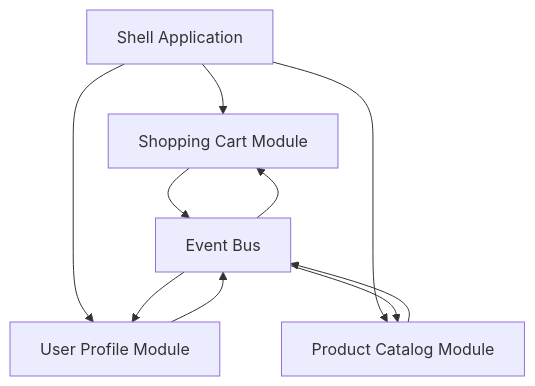
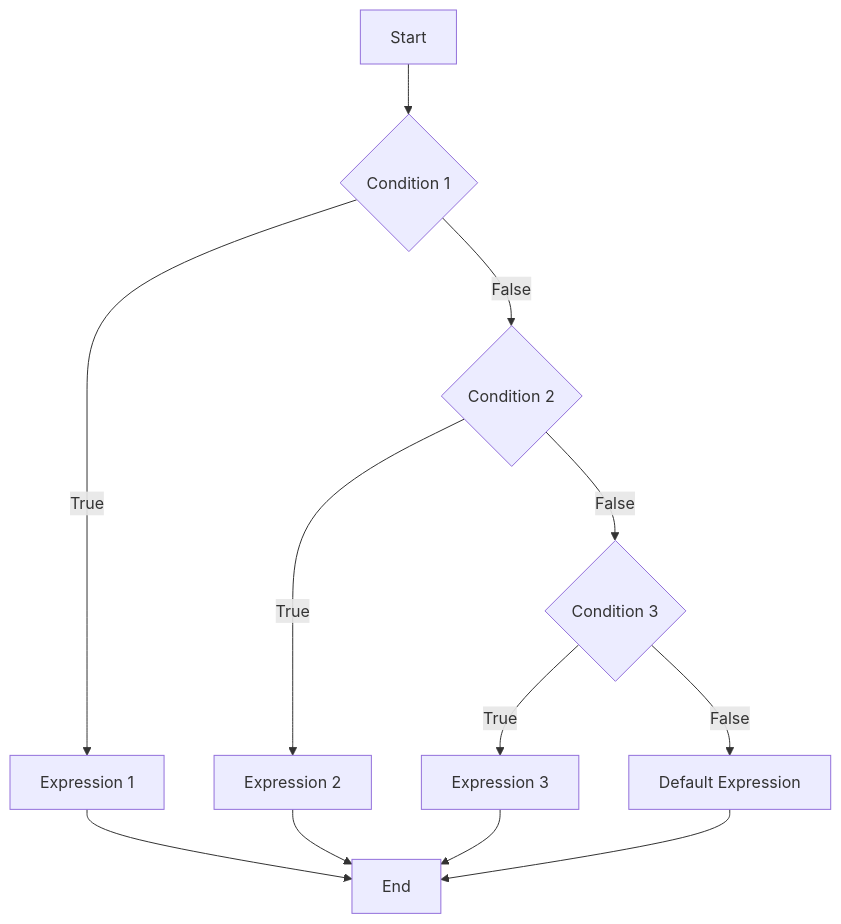
One commit to MasteryEducation/SoftwarePatternsLexicon.com changed the diagram in content/patterns-clojure/5/4/index.md. Above: the diagram before and after it, drawn with Mermaid. The commit also changed other lines of this file and 462 other files, not shown here.

````diff
--- a/content/patterns-clojure/5/4/index.md
+++ b/content/patterns-clojure/5/4/index.md
@@ -126,12 +170,14 @@
 ```mermaid
 graph TD;
-    A[Shell Application] --> B[Shopping Cart Module];
-    A --> C[User Profile Module];
-    A --> D[Product Catalog Module];
-    B --> E[Event Bus];
-    C --> E;
-    D --> E;
-    E --> B;
-    E --> C;
-    E --> D;
+    A[Start] --> B{Condition 1}
+    B -->|True| C[Expression 1]
+    B -->|False| D{Condition 2}
+    D -->|True| E[Expression 2]
+    D -->|False| F{Condition 3}
+    F -->|True| G[Expression 3]
+    F -->|False| H[Default Expression]
+    C --> I[End]
+    E --> I
+    G --> I
+    H --> I
 ```
````
